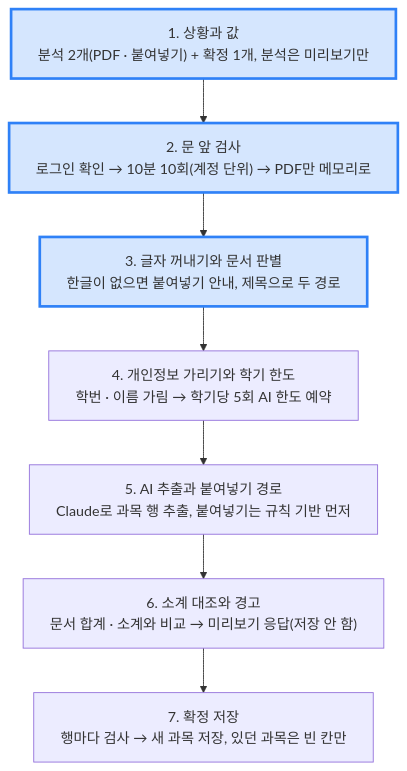
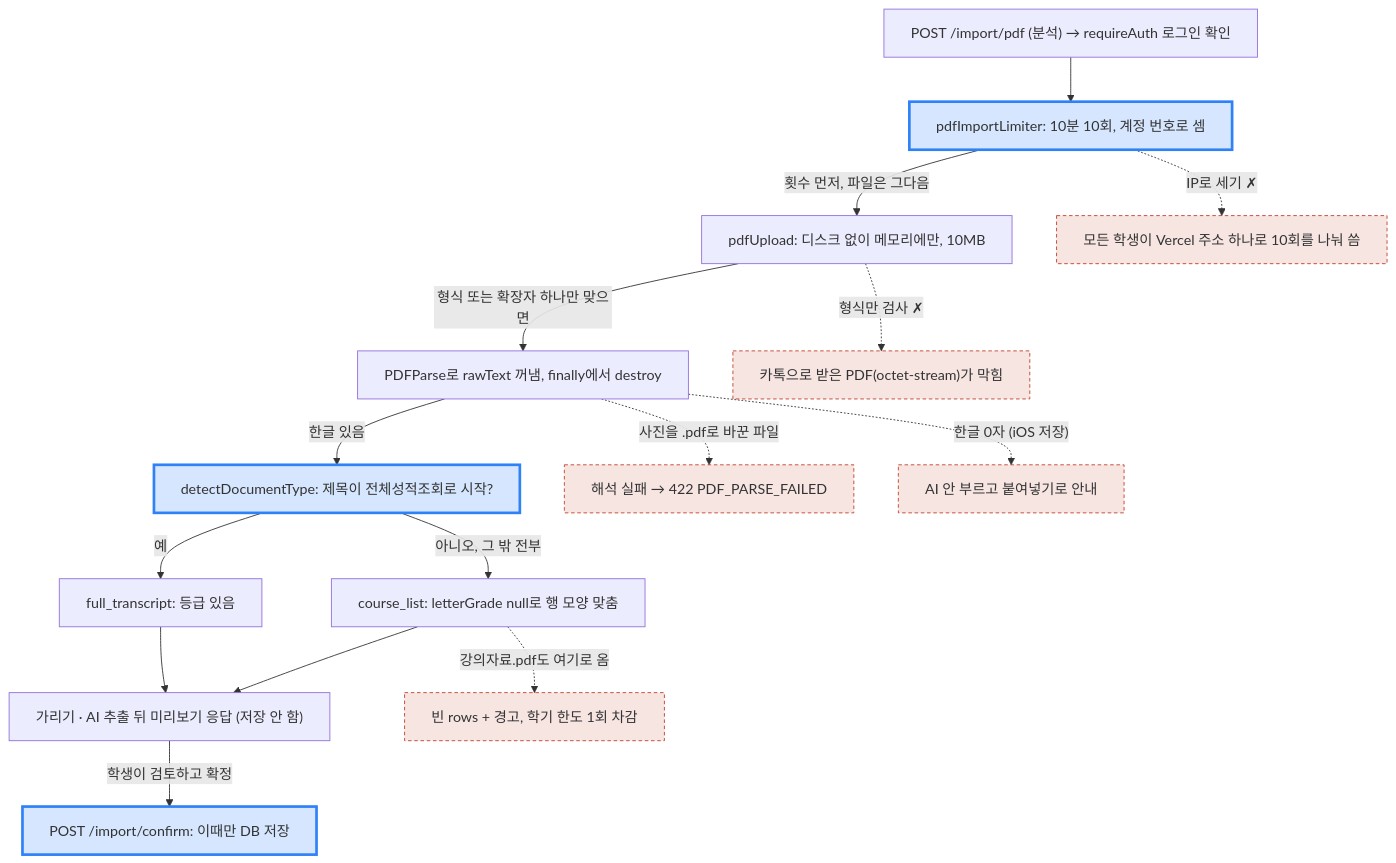
The diagram in 2026/November/11-20.md (ChildrenAon/TIL), drawn with Mermaid before and after one commit. The commit also changed other lines of this file, not shown here.

Commit message:
[ONE Student] 성적 PDF 가져오기 분석 · 확정 나누기 · 문 앞 검사 · 문서 판별
고침: 맨 위 그림을 그날 내용이 담긴 그림 한 장으로 바꿈

````diff
--- a/2026/November/11-20.md
+++ b/2026/November/11-20.md
@@ -15,12 +16,22 @@
 ```mermaid
 %%{init: {"flowchart": {"wrappingWidth": 600}, "themeCSS": ".edgeLabel div { display: table-cell !important; width: auto !important; max-width: none !important; white-space: nowrap !important; } .edgeLabel p { padding: 5px 12px !important; margin: 0 !important; background: #55555599; } .edgeLabel, .edgeLabel span, .edgeLabel .labelBkg { background: transparent !important; }"}}%%
 flowchart TD
-  A["1. 상황과 값<br/>분석 2개(PDF · 붙여넣기) + 확정 1개, 분석은 미리보기만"] --> B["2. 문 앞 검사<br/>로그인 확인 → 10분 10회(계정 단위) → PDF만 메모리로"]
-  B --> C["3. 글자 꺼내기와 문서 판별<br/>한글이 없으면 붙여넣기 안내, 제목으로 두 경로"]
-  C --> D["4. 개인정보 가리기와 학기 한도<br/>학번 · 이름 가림 → 학기당 5회 AI 한도 예약"]
-  D --> E["5. AI 추출과 붙여넣기 경로<br/>Claude로 과목 행 추출, 붙여넣기는 규칙 기반 먼저"]
-  E --> F["6. 소계 대조와 경고<br/>문서 합계 · 소계와 비교 → 미리보기 응답(저장 안 함)"]
-  F --> G["7. 확정 저장<br/>행마다 검사 → 새 과목 저장, 있던 과목은 빈 칸만"]
+  S["POST /import/pdf (분석) → requireAuth 로그인 확인"] --> L["pdfImportLimiter: 10분 10회, 계정 번호로 셈"]
+  L -->|"횟수 먼저, 파일은 그다음"| U["pdfUpload: 디스크 없이 메모리에만, 10MB"]
+  U -->|"형식 또는 확장자 하나만 맞으면"| P["PDFParse로 rawText 꺼냄, finally에서 destroy"]
+  P -->|"한글 있음"| D["detectDocumentType: 제목이 전체성적조회로 시작?"]
+  D -->|"예"| FT["full_transcript: 등급 있음"]
+  D -->|"아니오, 그 밖 전부"| CL["course_list: letterGrade null로 행 모양 맞춤"]
+  FT --> N["가리기 · AI 추출 뒤 미리보기 응답 (저장 안 함)"]
+  CL --> N
+  N -->|"학생이 검토하고 확정"| C["POST /import/confirm: 이때만 DB 저장"]
+  L -.->|"IP로 세기 ✗"| X1["모든 학생이 Vercel 주소 하나로 10회를 나눠 씀"]
+  U -.->|"형식만 검사 ✗"| X2["카톡으로 받은 PDF(octet-stream)가 막힘"]
+  P -.->|"사진을 .pdf로 바꾼 파일"| X3["해석 실패 → 422 PDF_PARSE_FAILED"]
+  P -.->|"한글 0자 (iOS 저장)"| X4["AI 안 부르고 붙여넣기로 안내"]
+  CL -.->|"강의자료.pdf도 여기로 옴"| X5["빈 rows + 경고, 학기 한도 1회 차감"]
   classDef seen fill:#2f81f733,stroke:#2f81f7,stroke-width:3px
-  class A,B,C seen
+  classDef bad fill:#c2402a22,stroke:#c2402a,stroke-dasharray:4 3
+  class L,D,C seen
+  class X1,X2,X3,X4,X5 bad
 ```
````
